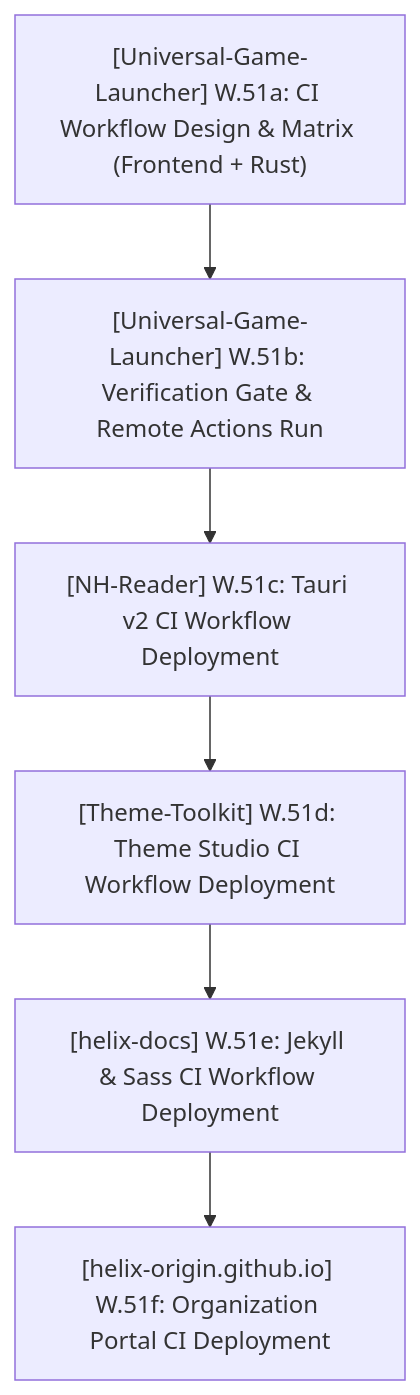
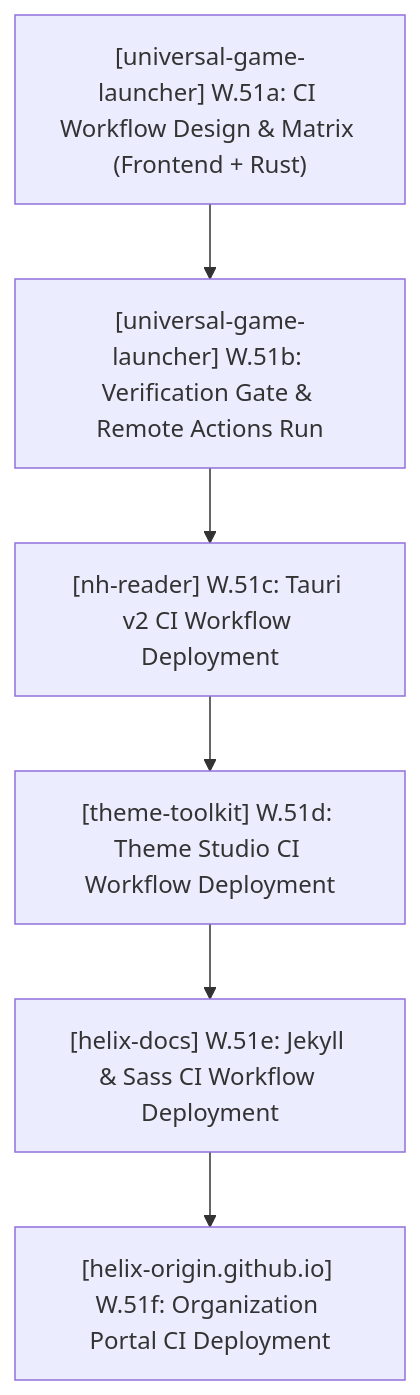
Before and after one commit to HELIX-Origin/agents: the second of 2 diagrams in PLAN.md, drawn with Mermaid. The commit also changed other lines of this file and 6 other files, not shown here.

````diff
--- a/PLAN.md
+++ b/PLAN.md
@@ -27,8 +60,8 @@
 ```mermaid
 flowchart TD
-    S28_1["[Universal-Game-Launcher] W.51a: CI Workflow Design & Matrix (Frontend + Rust)"] --> S28_2["[Universal-Game-Launcher] W.51b: Verification Gate & Remote Actions Run"]
-    S28_2 --> S28_3["[NH-Reader] W.51c: Tauri v2 CI Workflow Deployment"]
-    S28_3 --> S28_4["[Theme-Toolkit] W.51d: Theme Studio CI Workflow Deployment"]
+    S28_1["[universal-game-launcher] W.51a: CI Workflow Design & Matrix (Frontend + Rust)"] --> S28_2["[universal-game-launcher] W.51b: Verification Gate & Remote Actions Run"]
+    S28_2 --> S28_3["[nh-reader] W.51c: Tauri v2 CI Workflow Deployment"]
+    S28_3 --> S28_4["[theme-toolkit] W.51d: Theme Studio CI Workflow Deployment"]
     S28_4 --> S28_5["[helix-docs] W.51e: Jekyll & Sass CI Workflow Deployment"]
     S28_5 --> S28_6["[helix-origin.github.io] W.51f: Organization Portal CI Deployment"]
 ```
````
